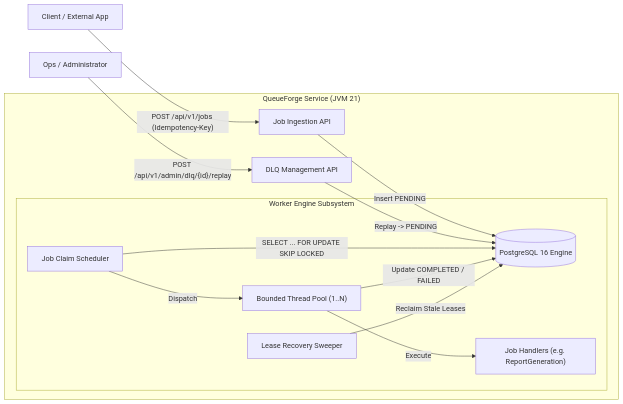
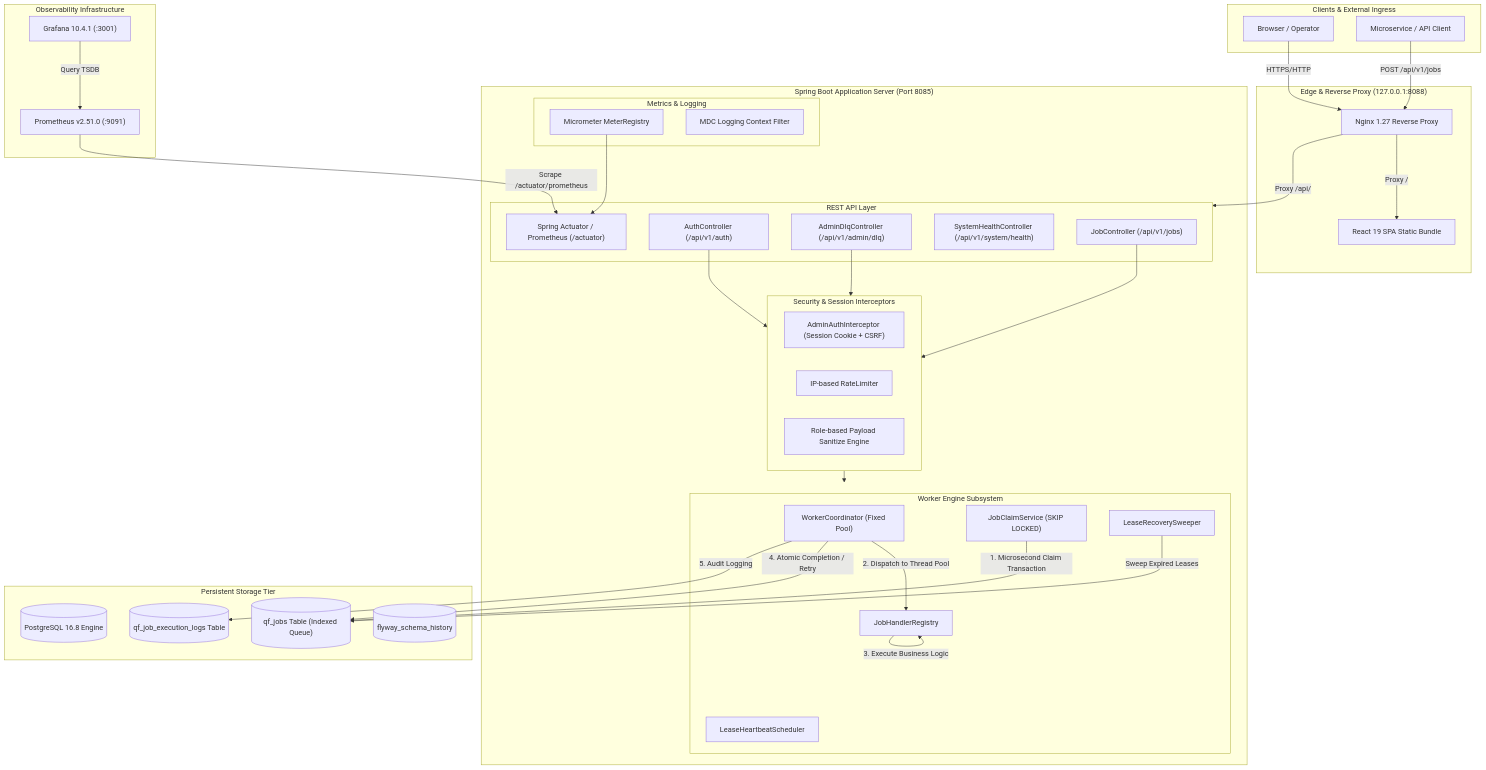
Before and after one commit to saipranav22-commits/queueforge: the first of 4 diagrams in docs/architecture/system-architecture.md, drawn with Mermaid. The commit also changed other lines of this file and 5 other files, not shown here.

Commit message:
docs: prepare QueueForge GitHub portfolio and recruiter demo

````diff
--- a/docs/architecture/system-architecture.md
+++ b/docs/architecture/system-architecture.md
@@ -7,19 +11,74 @@
 ```mermaid
-flowchart LR
-    Client["Client / External App"] -->|"POST /api/v1/jobs (Idempotency-Key)"| Ingestion["Job Ingestion API"]
-    Admin["Ops / Administrator"] -->|"POST /api/v1/admin/dlq/{id}/replay"| DLQ["DLQ Management API"]
+flowchart TD
+    subgraph Clients ["Clients & External Ingress"]
+        WebUser["Browser / Operator"]
+        ApiClient["Microservice / API Client"]
+    end
 
-    subgraph Service ["QueueForge Service (JVM 21)"]
-        Ingestion -->|"Insert PENDING"| DB[(PostgreSQL 16 Engine)]
-        DLQ -->|"Replay -> PENDING"| DB
+    subgraph Edge ["Edge & Reverse Proxy (127.0.0.1:8088)"]
+        Nginx["Nginx 1.27 Reverse Proxy"]
+        StaticAssets["React 19 SPA Static Bundle"]
+    end
 
-        subgraph WorkerEngine ["Worker Engine Subsystem"]
-            Claimer["Job Claim Scheduler"] -->|"SELECT ... FOR UPDATE SKIP LOCKED"| DB
-            Claimer -->|"Dispatch"| WorkerPool["Bounded Thread Pool (1..N)"]
-            WorkerPool -->|"Execute"| Handlers["Job Handlers (e.g. ReportGeneration)"]
-            WorkerPool -->|"Update COMPLETED / FAILED"| DB
-            
-            LeaseSweeper["Lease Recovery Sweeper"] -->|"Reclaim Stale Leases"| DB
+    subgraph AppServer ["Spring Boot Application Server (Port 8085)"]
+        subgraph ApiLayer ["REST API Layer"]
+            JobCtrl["JobController (/api/v1/jobs)"]
+            AuthCtrl["AuthController (/api/v1/auth)"]
+            AdminDlqCtrl["AdminDlqController (/api/v1/admin/dlq)"]
+            SystemCtrl["SystemHealthController (/api/v1/system/health)"]
+            Actuator["Spring Actuator / Prometheus (/actuator)"]
+        end
+
+        subgraph SecurityLayer ["Security & Session Interceptors"]
+            AuthInterceptor["AdminAuthInterceptor (Session Cookie + CSRF)"]
+            RateLimiter["IP-based RateLimiter"]
+            PayloadMasker["Role-based Payload Sanitize Engine"]
+        end
+
+        subgraph CoreEngine ["Worker Engine Subsystem"]
+            WorkerCoord["WorkerCoordinator (Fixed Pool)"]
+            ClaimSvc["JobClaimService (SKIP LOCKED)"]
+            HeartbeatMgr["LeaseHeartbeatScheduler"]
+            Sweeper["LeaseRecoverySweeper"]
+            HandlerRegistry["JobHandlerRegistry"]
+        end
+
+        subgraph Observability ["Metrics & Logging"]
+            MicroMeter["Micrometer MeterRegistry"]
+            MdcFilter["MDC Logging Context Filter"]
         end
     end
+
+    subgraph Storage ["Persistent Storage Tier"]
+        PG[("PostgreSQL 16.8 Engine")]
+        JobsTable[("qf_jobs Table (Indexed Queue)")]
+        ExecLogs[("qf_job_execution_logs Table")]
+        FlywayHistory[("flyway_schema_history")]
+    end
+
+    subgraph Telemetry ["Observability Infrastructure"]
+        Prometheus["Prometheus v2.51.0 (:9091)"]
+        Grafana["Grafana 10.4.1 (:3001)"]
+    end
+
+    WebUser -->|"HTTPS/HTTP"| Nginx
+    ApiClient -->|"POST /api/v1/jobs"| Nginx
+    Nginx -->|"Proxy /"| StaticAssets
+    Nginx -->|"Proxy /api/"| ApiLayer
+
+    JobCtrl --> SecurityLayer
+    AuthCtrl --> SecurityLayer
+    AdminDlqCtrl --> SecurityLayer
+    SecurityLayer --> CoreEngine
+
+    ClaimSvc -->|"1. Microsecond Claim Transaction"| JobsTable
+    WorkerCoord -->|"2. Dispatch to Thread Pool"| HandlerRegistry
+    HandlerRegistry -->|"3. Execute Business Logic"| HandlerRegistry
+    WorkerCoord -->|"4. Atomic Completion / Retry"| JobsTable
+    WorkerCoord -->|"5. Audit Logging"| ExecLogs
+    Sweeper -->|"Sweep Expired Leases"| JobsTable
+
+    Prometheus -->|"Scrape /actuator/prometheus"| Actuator
+    Grafana -->|"Query TSDB"| Prometheus
+    MicroMeter --> Actuator
 ```
````
